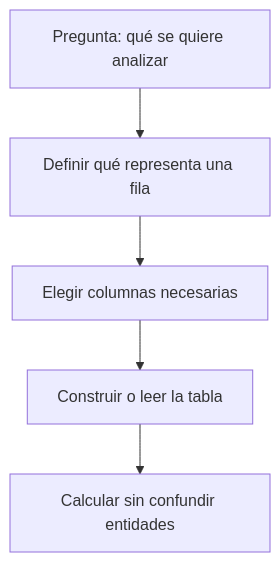
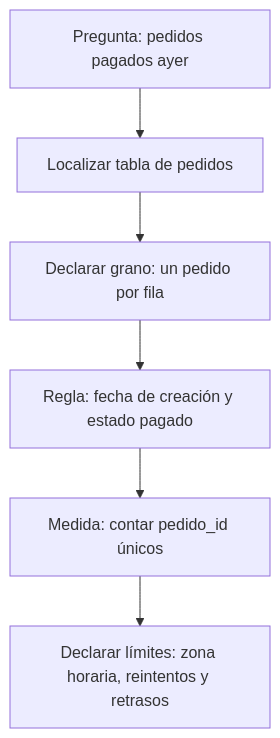
Before and after one commit to Ayhur/CursoAnalista: the diagram in curso/01-fundamentos-datos/lecciones/01-archivo-tabla-y-grano.md, drawn with Mermaid. The commit also changed other lines of this file and 15 other files, not shown here.

````diff
--- a/curso/01-fundamentos-datos/lecciones/01-archivo-tabla-y-grano.md
+++ b/curso/01-fundamentos-datos/lecciones/01-archivo-tabla-y-grano.md
@@ -28,7 +27,8 @@
 ```mermaid
 flowchart TD
-    A[Pregunta: qué se quiere analizar] --> B[Definir qué representa una fila]
-    B --> C[Elegir columnas necesarias]
-    C --> D[Construir o leer la tabla]
-    D --> E[Calcular sin confundir entidades]
+    Q[Pregunta: pedidos pagados ayer] --> F[Localizar tabla de pedidos]
+    F --> G[Declarar grano: un pedido por fila]
+    G --> R[Regla: fecha de creación y estado pagado]
+    R --> M[Medida: contar pedido_id únicos]
+    M --> L[Declarar límites: zona horaria, reintentos y retrasos]
 ```
````
